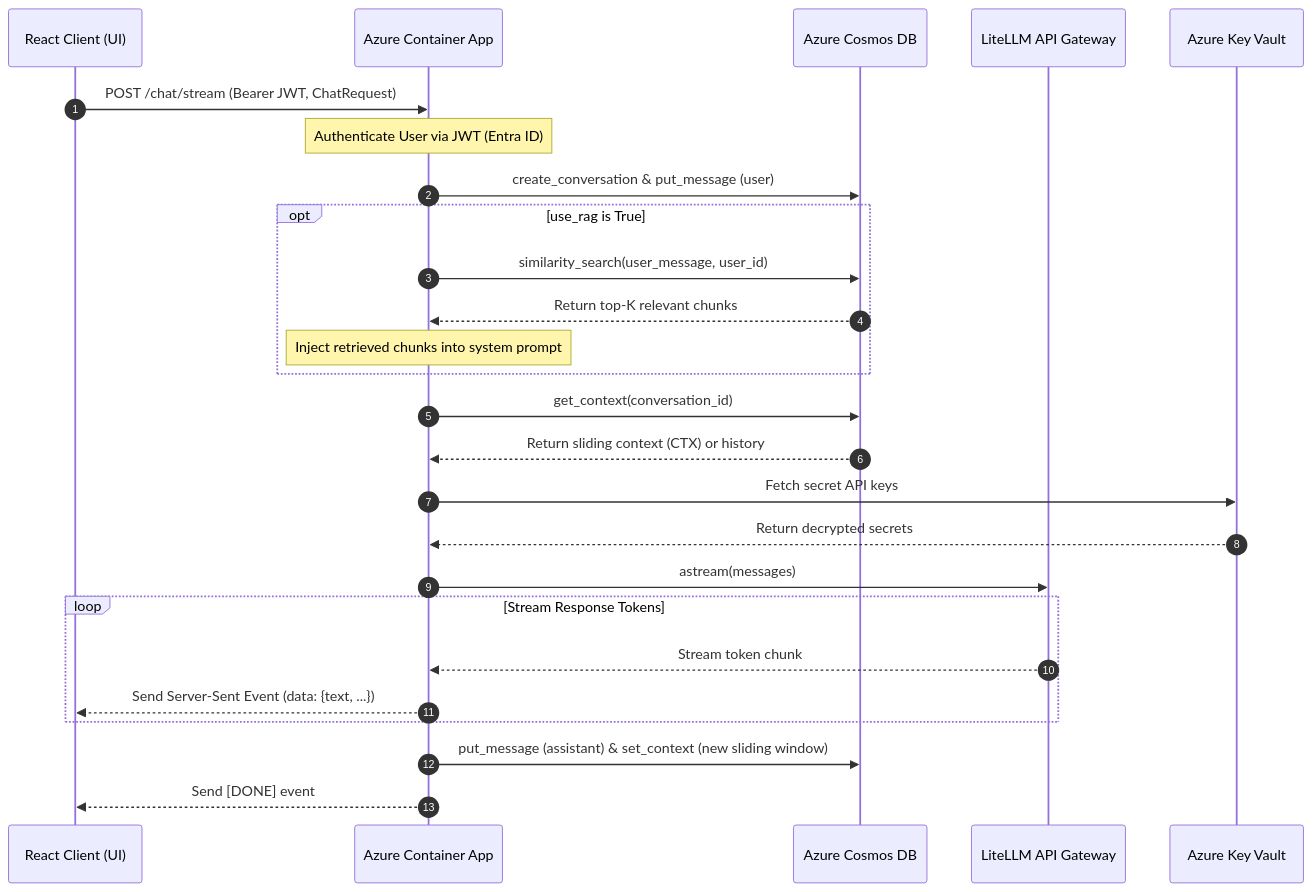
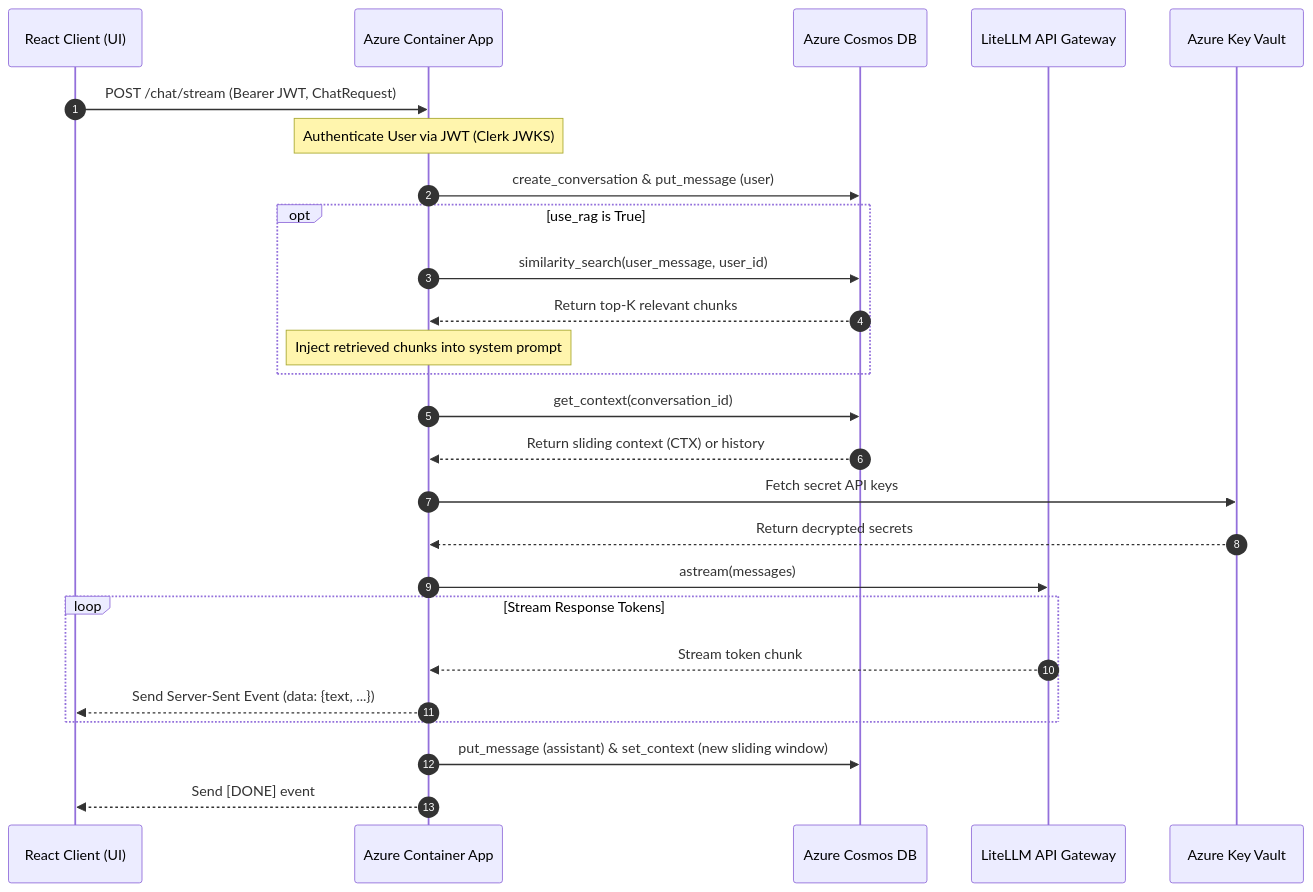
One commit to Hari31416/chatbot-azure changed the second of 2 diagrams in README.md. Above: the diagram before and after it, drawn with Mermaid. The commit also changed other lines of this file and 1 other file, not shown here.

Commit message:
refactor: migrate authentication layer from Microsoft Entra ID to Clerk across frontend and backend

````diff
--- a/README.md
+++ b/README.md
@@ -179,35 +179,35 @@
 ```mermaid
 sequenceDiagram
     autonumber
     participant Client as React Client (UI)
     participant ACA as Azure Container App
     participant Cosmos as Azure Cosmos DB
     participant LiteLLM as LiteLLM API Gateway
     participant KeyVault as Azure Key Vault
 
     Client->>ACA: POST /chat/stream (Bearer JWT, ChatRequest)
-    Note over ACA: Authenticate User via JWT (Entra ID)
+    Note over ACA: Authenticate User via JWT (Clerk JWKS)
     ACA->>Cosmos: create_conversation & put_message (user)
 
     opt use_rag is True
         ACA->>Cosmos: similarity_search(user_message, user_id)
         Cosmos-->>ACA: Return top-K relevant chunks
         Note over ACA: Inject retrieved chunks into system prompt
     end
 
     ACA->>Cosmos: get_context(conversation_id)
     Cosmos-->>ACA: Return sliding context (CTX) or history
 
     ACA->>KeyVault: Fetch secret API keys
     KeyVault-->>ACA: Return decrypted secrets
 
     ACA->>LiteLLM: astream(messages)
 
     loop Stream Response Tokens
         LiteLLM-->>ACA: Stream token chunk
         ACA-->>Client: Send Server-Sent Event (data: {text, ...})
     end
 
     ACA->>Cosmos: put_message (assistant) & set_context (new sliding window)
     ACA-->>Client: Send [DONE] event
 ```
````
